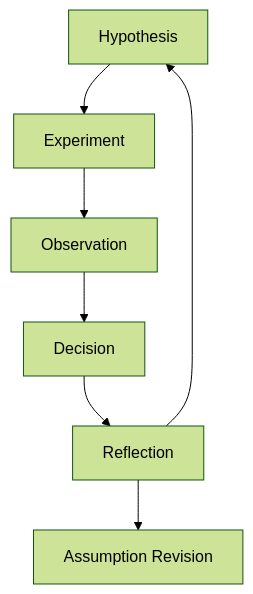
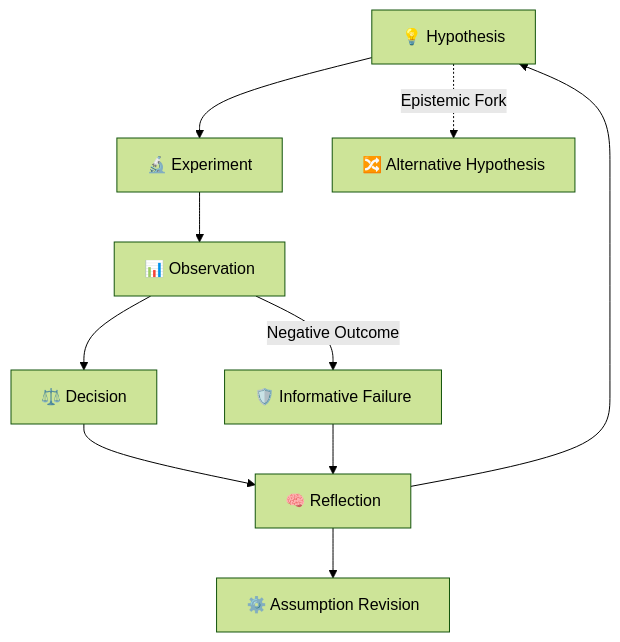
One commit to vproject111/RAE-CRL changed the diagram in README.md. Above: the diagram before and after it, drawn with Mermaid (forest theme). The commit also changed other lines of this file and 3 other files, not shown here.

````diff
--- a/README.md
+++ b/README.md
@@ -43,9 +59,12 @@
 ```mermaid
 graph TD
-    H[Hypothesis] --> E[Experiment]
-    E --> O[Observation]
-    O --> D[Decision]
-    D --> R[Reflection]
+    H["💡 Hypothesis"] --> E["🔬 Experiment"]
+    E --> O["📊 Observation"]
+    O --> D["⚖️ Decision"]
+    D --> R["🧠 Reflection"]
     R --> H
-    R --> A[Assumption Revision]
+    R --> A["⚙️ Assumption Revision"]
+    O -->|Negative Outcome| F["🛡️ Informative Failure"]
+    F --> R
+    H -.->|Epistemic Fork| H2["🔀 Alternative Hypothesis"]
 ```
````
